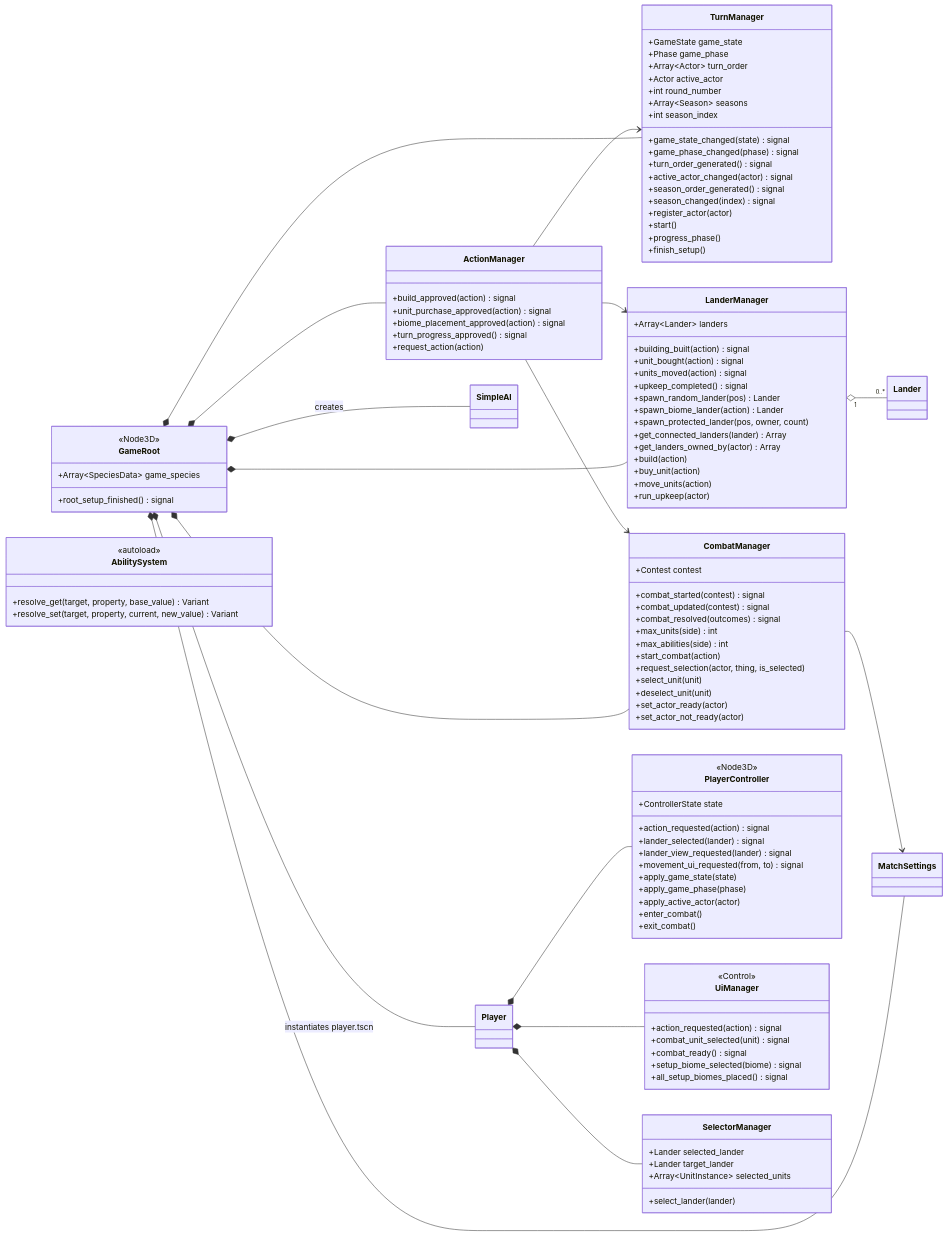
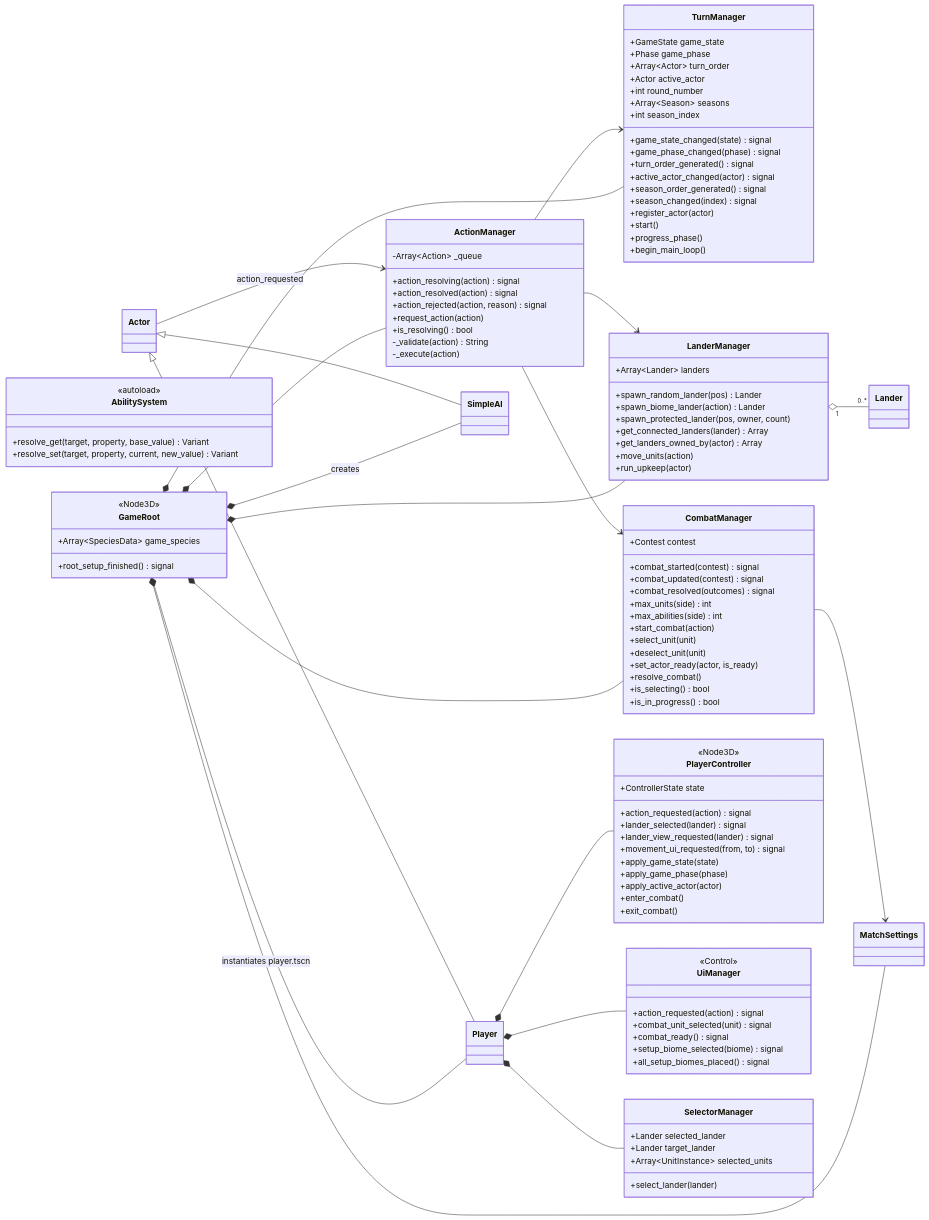
The third of 9 diagrams in docs/diagrams.md (OscarPatchworth/BsOW), drawn with Mermaid before and after one commit. The commit also changed other lines of this file and 2 other files, not shown here.

First line of the commit message:
Docs: Action pipeline conventions, README, diagrams updated for fixes

```diff
--- a/docs/diagrams.md
+++ b/docs/diagrams.md
@@ -319,11 +334,14 @@
     }
 
     class ActionManager {
-        +build_approved(action) signal
-        +unit_purchase_approved(action) signal
-        +biome_placement_approved(action) signal
-        +turn_progress_approved() signal
+        +action_resolving(action) signal
+        +action_resolved(action) signal
+        +action_rejected(action, reason) signal
         +request_action(action)
+        +is_resolving() bool
+        -Array~Action~ _queue
+        -_validate(action) String
+        -_execute(action)
     }
 
     class TurnManager {
@@ -343,22 +361,16 @@
         +register_actor(actor)
         +start()
         +progress_phase()
-        +finish_setup()
+        +begin_main_loop()
     }
 
     class LanderManager {
-        +building_built(action) signal
-        +unit_bought(action) signal
-        +units_moved(action) signal
-        +upkeep_completed() signal
         +Array~Lander~ landers
         +spawn_random_lander(pos) Lander
         +spawn_biome_lander(action) Lander
         +spawn_protected_lander(pos, owner, count)
         +get_connected_landers(lander) Array
         +get_landers_owned_by(actor) Array
-        +build(action)
-        +buy_unit(action)
         +move_units(action)
         +run_upkeep(actor)
     }
@@ -371,11 +383,12 @@
         +max_units(side) int
         +max_abilities(side) int
         +start_combat(action)
-        +request_selection(actor, thing, is_selected)
         +select_unit(unit)
         +deselect_unit(unit)
-        +set_actor_ready(actor)
-        +set_actor_not_ready(actor)
+        +set_actor_ready(actor, is_ready)
+        +resolve_combat()
+        +is_selecting() bool
+        +is_in_progress() bool
     }
 
     class AbilitySystem {
@@ -420,6 +433,9 @@
     GameRoot *-- MatchSettings
     GameRoot *-- Player : instantiates player.tscn
     GameRoot *-- SimpleAI : creates
+    Actor <|-- Player
+    Actor <|-- SimpleAI
+    Actor --> ActionManager : action_requested
 
     ActionManager --> LanderManager
     ActionManager --> TurnManager
```
